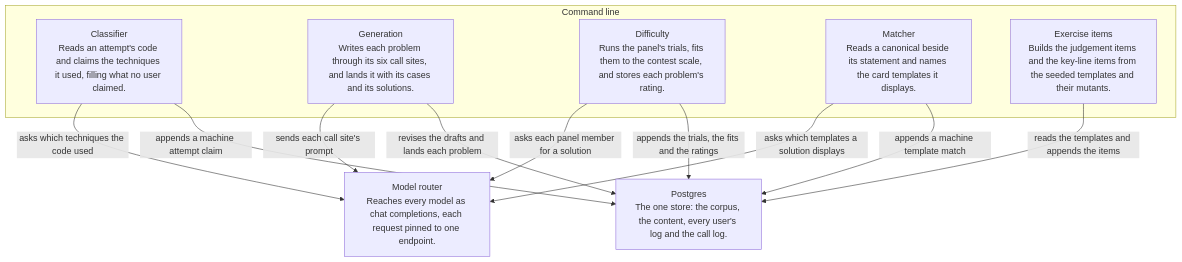
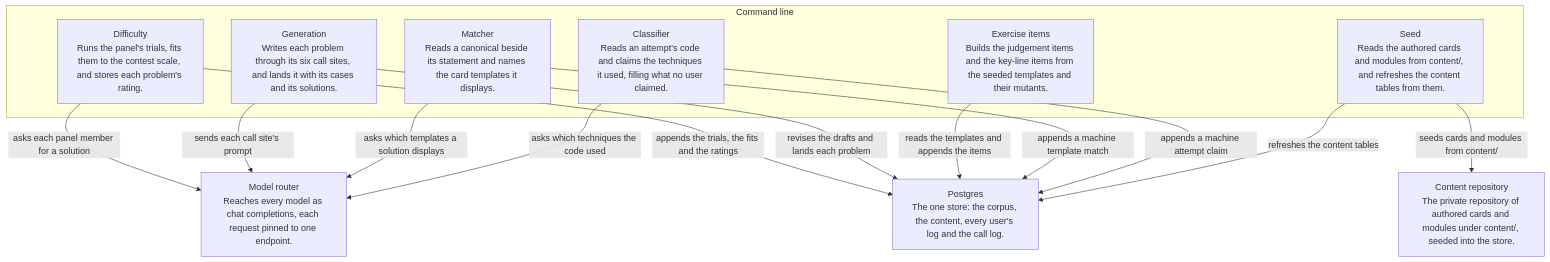
One commit to climbance/climbance changed the fourth of 4 diagrams in docs/architecture/README.md. Above: the diagram before and after it, drawn with Mermaid. The commit also changed other lines of this file and 81 other files, not shown here.

First line of the commit message:
docs(architecture): split knowledge.md by element

````diff
--- a/docs/architecture/README.md
+++ b/docs/architecture/README.md
@@ -144,21 +144,25 @@
 ```mermaid
 flowchart TB
     model_router["Model router<br/>Reaches every model as chat completions, each request pinned to one endpoint."]
+    content_repo["Content repository<br/>The private repository of authored cards and modules under content/, seeded into the store."]
     database["Postgres<br/>The one store: the corpus, the content, every user's log and the call log."]
     subgraph cli["Command line"]
         classifier["Classifier<br/>Reads an attempt's code and claims the techniques it used, filling what no user claimed."]
         generation["Generation<br/>Writes each problem through its six call sites, and lands it with its cases and its solutions."]
         difficulty["Difficulty<br/>Runs the panel's trials, fits them to the contest scale, and stores each problem's rating."]
+        seed["Seed<br/>Reads the authored cards and modules from content/, and refreshes the content tables from them."]
         matcher["Matcher<br/>Reads a canonical beside its statement and names the card templates it displays."]
         exercise_items["Exercise items<br/>Builds the judgement items and the key-line items from the seeded templates and their mutants."]
     end
+    seed -->|"seeds cards and modules from content/"| content_repo
+    seed -->|"refreshes the content tables"| database
     classifier -->|"asks which techniques the code used"| model_router
     classifier -->|"appends a machine attempt claim"| database
     matcher -->|"asks which templates a solution displays"| model_router
     matcher -->|"appends a machine template match"| database
     exercise_items -->|"reads the templates and appends the items"| database
     generation -->|"sends each call site's prompt"| model_router
     generation -->|"revises the drafts and lands each problem"| database
     difficulty -->|"asks each panel member for a solution"| model_router
     difficulty -->|"appends the trials, the fits and the ratings"| database
 ```
````
